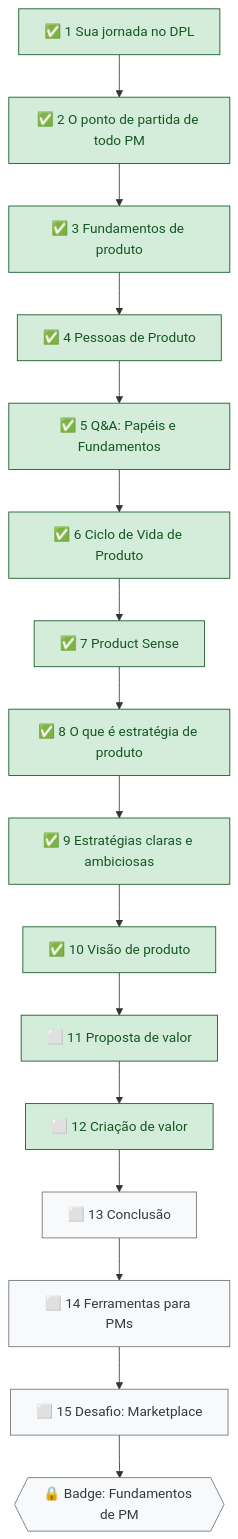
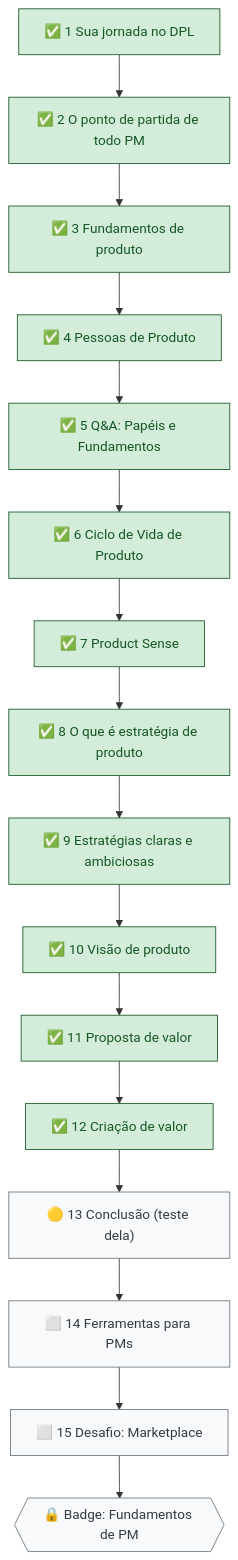
One commit to letsprown-code/po-learning-journal changed the second of 2 diagrams in mapa-de-estudos.md. Above: the diagram before and after it, drawn with Mermaid. The commit also changed 1 other file, not shown here.

Commit message:
DPL 01 aula 13: recap do módulo (teste fica com a Letícia); corrige mapa
Claude-Session: https://claude.ai/code/session_015LnGh84U3LkXPEUM49V2f7

```diff
--- a/mapa-de-estudos.md
+++ b/mapa-de-estudos.md
@@ -42,13 +42,13 @@
 ~~~mermaid
 flowchart TD
     L1["✅ 1 Sua jornada no DPL"] --> L2["✅ 2 O ponto de partida de todo PM"] --> L3["✅ 3 Fundamentos de produto"]
     L3 --> L4["✅ 4 Pessoas de Produto"] --> L5["✅ 5 Q&A: Papéis e Fundamentos"] --> L6["✅ 6 Ciclo de Vida de Produto"]
     L6 --> L7["✅ 7 Product Sense"] --> L8["✅ 8 O que é estratégia de produto"] --> L9["✅ 9 Estratégias claras e ambiciosas"]
-    L9 --> L10["✅ 10 Visão de produto"] --> L11["⬜ 11 Proposta de valor"] --> L12["⬜ 12 Criação de valor"]
-    L12 --> L13["⬜ 13 Conclusão"] --> L14["⬜ 14 Ferramentas para PMs"] --> L15["⬜ 15 Desafio: Marketplace"]
+    L9 --> L10["✅ 10 Visão de produto"] --> L11["✅ 11 Proposta de valor"] --> L12["✅ 12 Criação de valor"]
+    L12 --> L13["🟡 13 Conclusão (teste dela)"] --> L14["⬜ 14 Ferramentas para PMs"] --> L15["⬜ 15 Desafio: Marketplace"]
     L15 --> B{{"🔒 Badge: Fundamentos de PM"}}
     classDef done fill:#d4edda,stroke:#155724,color:#155724
     classDef todo fill:#f8f9fa,stroke:#6c757d,color:#343a40
     class L1,L2,L3,L4,L5,L6,L7,L8,L9,L10,L11,L12 done
     class L13,L14,L15,B todo
 ~~~
```
